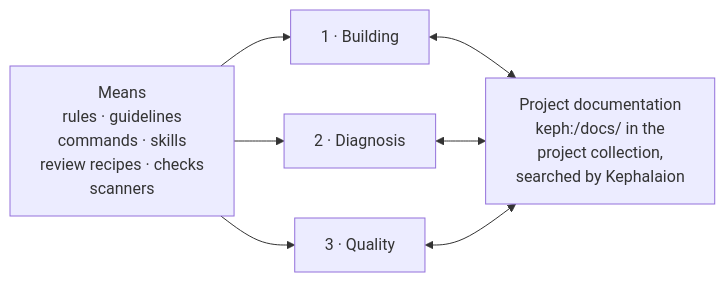
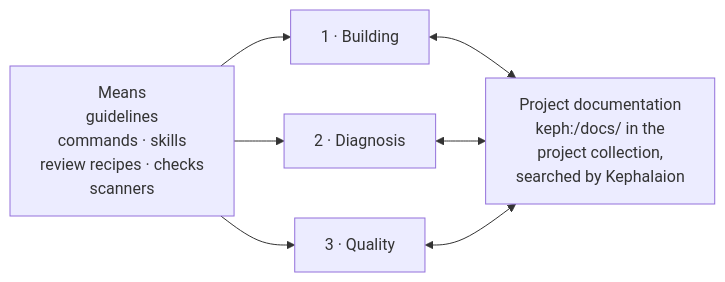
The first of 3 diagrams in docs/overview.md (kascada/k-playbook), drawn with Mermaid before and after one commit. The commit also changed other lines of this file and 99 other files, not shown here.

````diff
--- a/docs/overview.md
+++ b/docs/overview.md
@@ -12,18 +12,18 @@
 ```mermaid
 flowchart LR
-    Means["Means<br>rules · guidelines<br>commands · skills<br>review recipes · checks<br>scanners"]
+    Means["Means<br>guidelines<br>commands · skills<br>review recipes · checks<br>scanners"]
 
     Means --> Build
     Means --> Diagnose
     Means --> Quality
 
     Build["1 · Building"]
     Diagnose["2 · Diagnosis"]
     Quality["3 · Quality"]
 
     Build <--> Docs
     Diagnose <--> Docs
     Quality <--> Docs
 
     Docs["Project documentation<br>keph:/docs/ in the<br>project collection,<br>searched by Kephalaion"]
 ```
````
